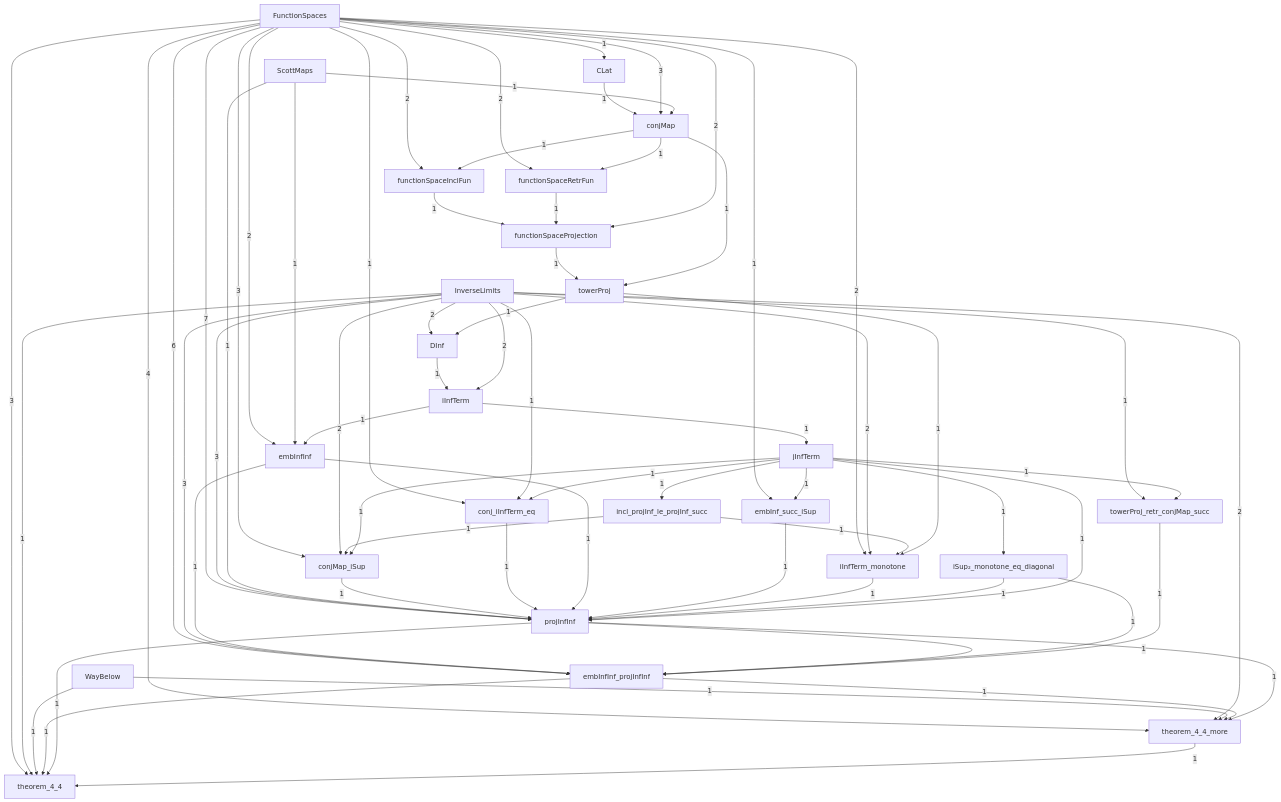
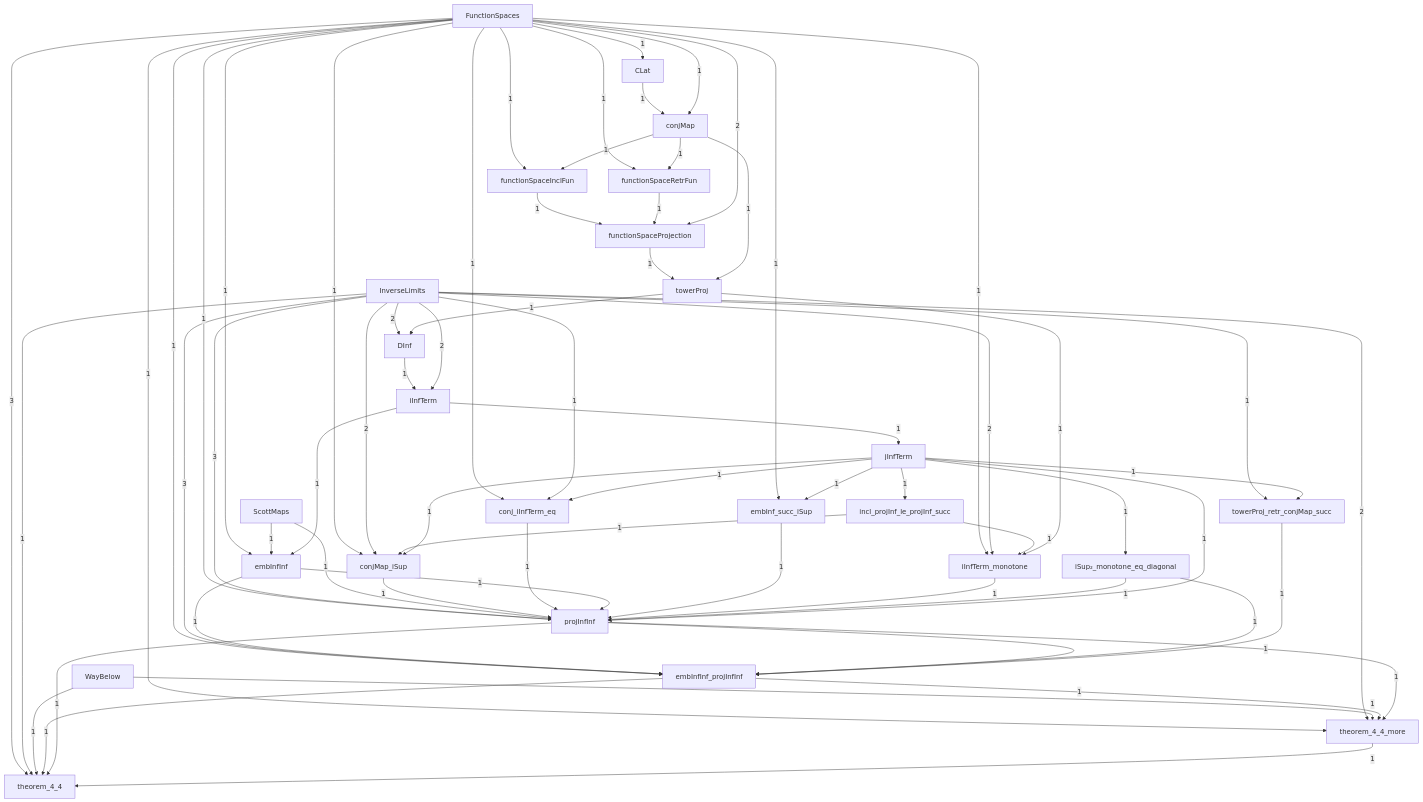
One commit to catskillsresearch/DomainTheory changed the diagram in DomainTheory/ContinuousLattice/FunctionSpaceTower/1972_Function_space_projection.mermaid. Above: the diagram before and after it, drawn with Mermaid. The commit also changed 29 other files, not shown here.

First line of the commit message:
Make the chapter PDF compile Scott's diagrams and revision marks.

```diff
--- a/DomainTheory/ContinuousLattice/FunctionSpaceTower/1972_Function_space_projection.mermaid
+++ b/DomainTheory/ContinuousLattice/FunctionSpaceTower/1972_Function_space_projection.mermaid
@@ -1,99 +1,98 @@
 %% Inside FunctionSpaceTower. A box is one Lean file in this folder, or one subfolder.
 %% A box named as another folder is that whole folder. A box named as another chapter is that whole chapter.
 %% The arrowhead points at the file or folder that imports. The label is how many direct imports.
 flowchart TB
 
   CLat["CLat"]
   conj_iInfTerm_eq["conj_iInfTerm_eq"]
   conjMap["conjMap"]
   conjMap_iSup["conjMap_iSup"]
   DInf["DInf"]
   embInf_succ_iSup["embInf_succ_iSup"]
   embInfInf["embInfInf"]
   embInfInf_projInfInf["embInfInf_projInfInf"]
   FunctionSpaceTower_functionSpaceInclFun["functionSpaceInclFun"]
   FunctionSpaceTower_functionSpaceProjection["functionSpaceProjection"]
   FunctionSpaceTower_functionSpaceRetrFun["functionSpaceRetrFun"]
   FunctionSpaces["FunctionSpaces"]
   iInfTerm["iInfTerm"]
   iInfTerm_monotone["iInfTerm_monotone"]
   incl_projInf_le_projInf_succ["incl_projInf_le_projInf_succ"]
   InverseLimits["InverseLimits"]
   iSup__monotone_eq_diagonal["iSup₂_monotone_eq_diagonal"]
   jInfTerm["jInfTerm"]
   projInfInf["projInfInf"]
   ScottMaps["ScottMaps"]
   theorem_4_4["theorem_4_4"]
   theorem_4_4_more["theorem_4_4_more"]
   towerProj["towerProj"]
   towerProj_retr_conjMap_succ["towerProj_retr_conjMap_succ"]
   WayBelow["WayBelow"]
 
   FunctionSpaces -->|"1"| CLat
   InverseLimits -->|"2"| DInf
   towerProj -->|"1"| DInf
-  FunctionSpaces -->|"2"| FunctionSpaceTower_functionSpaceInclFun
+  FunctionSpaces -->|"1"| FunctionSpaceTower_functionSpaceInclFun
   conjMap -->|"1"| FunctionSpaceTower_functionSpaceInclFun
   FunctionSpaceTower_functionSpaceInclFun -->|"1"| FunctionSpaceTower_functionSpaceProjection
   FunctionSpaceTower_functionSpaceRetrFun -->|"1"| FunctionSpaceTower_functionSpaceProjection
   FunctionSpaces -->|"2"| FunctionSpaceTower_functionSpaceProjection
-  FunctionSpaces -->|"2"| FunctionSpaceTower_functionSpaceRetrFun
+  FunctionSpaces -->|"1"| FunctionSpaceTower_functionSpaceRetrFun
   conjMap -->|"1"| FunctionSpaceTower_functionSpaceRetrFun
   CLat -->|"1"| conjMap
-  FunctionSpaces -->|"3"| conjMap
-  ScottMaps -->|"1"| conjMap
-  FunctionSpaces -->|"3"| conjMap_iSup
+  FunctionSpaces -->|"1"| conjMap
+  FunctionSpaces -->|"1"| conjMap_iSup
   InverseLimits -->|"2"| conjMap_iSup
   incl_projInf_le_projInf_succ -->|"1"| conjMap_iSup
   jInfTerm -->|"1"| conjMap_iSup
   FunctionSpaces -->|"1"| conj_iInfTerm_eq
   InverseLimits -->|"1"| conj_iInfTerm_eq
   jInfTerm -->|"1"| conj_iInfTerm_eq
-  FunctionSpaces -->|"2"| embInfInf
+  FunctionSpaces -->|"1"| embInfInf
   ScottMaps -->|"1"| embInfInf
   iInfTerm -->|"1"| embInfInf
-  FunctionSpaces -->|"6"| embInfInf_projInfInf
+  FunctionSpaces -->|"1"| embInfInf_projInfInf
   InverseLimits -->|"3"| embInfInf_projInfInf
   embInfInf -->|"1"| embInfInf_projInfInf
   iSup__monotone_eq_diagonal -->|"1"| embInfInf_projInfInf
   projInfInf -->|"1"| embInfInf_projInfInf
   towerProj_retr_conjMap_succ -->|"1"| embInfInf_projInfInf
   FunctionSpaces -->|"1"| embInf_succ_iSup
   jInfTerm -->|"1"| embInf_succ_iSup
   DInf -->|"1"| iInfTerm
   InverseLimits -->|"2"| iInfTerm
-  FunctionSpaces -->|"2"| iInfTerm_monotone
+  FunctionSpaces -->|"1"| iInfTerm_monotone
   InverseLimits -->|"2"| iInfTerm_monotone
   incl_projInf_le_projInf_succ -->|"1"| iInfTerm_monotone
   towerProj -->|"1"| iInfTerm_monotone
   jInfTerm -->|"1"| iSup__monotone_eq_diagonal
   jInfTerm -->|"1"| incl_projInf_le_projInf_succ
   iInfTerm -->|"1"| jInfTerm
-  FunctionSpaces -->|"7"| projInfInf
+  FunctionSpaces -->|"1"| projInfInf
   InverseLimits -->|"3"| projInfInf
   ScottMaps -->|"1"| projInfInf
   conjMap_iSup -->|"1"| projInfInf
   conj_iInfTerm_eq -->|"1"| projInfInf
   embInfInf -->|"1"| projInfInf
   embInf_succ_iSup -->|"1"| projInfInf
   iInfTerm_monotone -->|"1"| projInfInf
   iSup__monotone_eq_diagonal -->|"1"| projInfInf
   jInfTerm -->|"1"| projInfInf
   FunctionSpaces -->|"3"| theorem_4_4
   InverseLimits -->|"1"| theorem_4_4
   WayBelow -->|"1"| theorem_4_4
   embInfInf_projInfInf -->|"1"| theorem_4_4
   projInfInf -->|"1"| theorem_4_4
   theorem_4_4_more -->|"1"| theorem_4_4
-  FunctionSpaces -->|"4"| theorem_4_4_more
+  FunctionSpaces -->|"1"| theorem_4_4_more
   InverseLimits -->|"2"| theorem_4_4_more
   WayBelow -->|"1"| theorem_4_4_more
   embInfInf_projInfInf -->|"1"| theorem_4_4_more
   projInfInf -->|"1"| theorem_4_4_more
   FunctionSpaceTower_functionSpaceProjection -->|"1"| towerProj
   conjMap -->|"1"| towerProj
   InverseLimits -->|"1"| towerProj_retr_conjMap_succ
   jInfTerm -->|"1"| towerProj_retr_conjMap_succ
 
   classDef file fill:#dbeafe,stroke:#1d4ed8,color:#1e3a8a
   classDef ext fill:#f3f4f6,stroke:#374151,color:#111827
```
